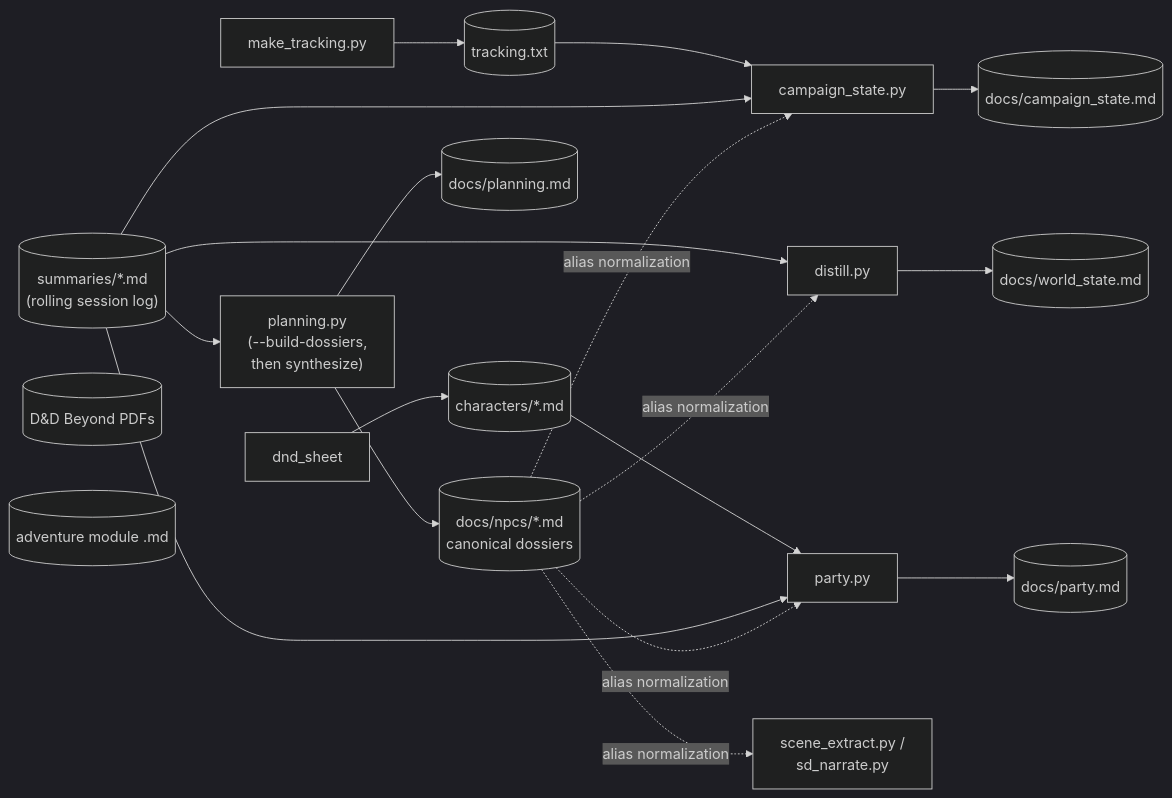
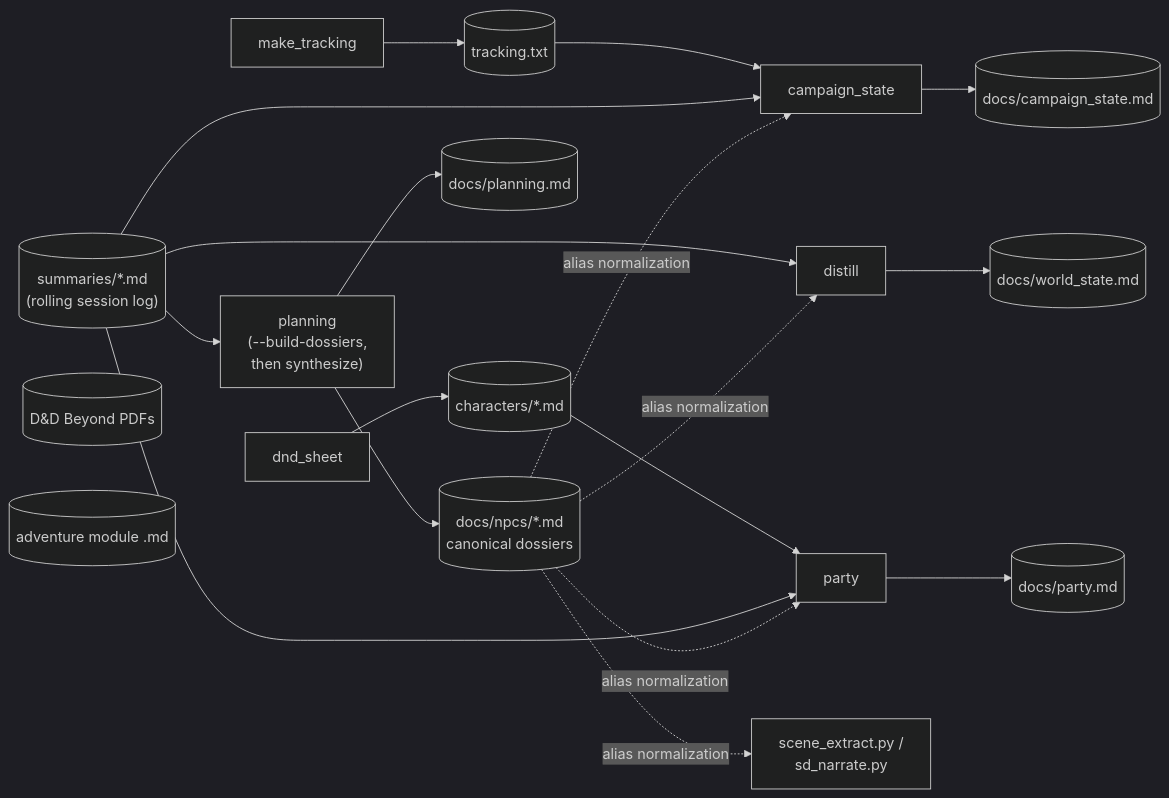
One commit to kostadis/CampaignGenerator changed the second of 3 diagrams in docs/core/architecture.md. Above: the diagram before and after it, drawn with Mermaid (dark theme). The commit also changed other lines of this file and 29 other files, not shown here.

````diff
--- a/docs/core/architecture.md
+++ b/docs/core/architecture.md
@@ -110,21 +110,21 @@
 ```mermaid
 flowchart LR
     SUMS[("summaries/*.md<br/>(rolling session log)")]
     PDFS[("D&D Beyond PDFs")]
     MOD[("adventure module .md")]
 
     DS["dnd_sheet"] --> CHARS[("characters/*.md")]
-    MT["make_tracking.py"] --> TRK[("tracking.txt")]
-    TRK --> CS["campaign_state.py"]
+    MT["make_tracking"] --> TRK[("tracking.txt")]
+    TRK --> CS["campaign_state"]
     SUMS --> CS --> CSDOC[("docs/campaign_state.md")]
-    SUMS --> DI["distill.py"] --> WS[("docs/world_state.md")]
-    CHARS --> PT["party.py"] --> PD[("docs/party.md")]
+    SUMS --> DI["distill"] --> WS[("docs/world_state.md")]
+    CHARS --> PT["party"] --> PD[("docs/party.md")]
     SUMS --> PT
-    SUMS --> PLAN["planning.py<br/>(--build-dossiers,<br/>then synthesize)"] --> PLDOC[("docs/planning.md")]
+    SUMS --> PLAN["planning<br/>(--build-dossiers,<br/>then synthesize)"] --> PLDOC[("docs/planning.md")]
     PLAN --> DOSS[("docs/npcs/*.md<br/>canonical dossiers")]
 
     DOSS -. alias normalization .-> CS
     DOSS -. alias normalization .-> DI
     DOSS -. alias normalization .-> PT
     DOSS -. alias normalization .-> SE2["scene_extract.py /<br/>sd_narrate.py"]
 ```
````
